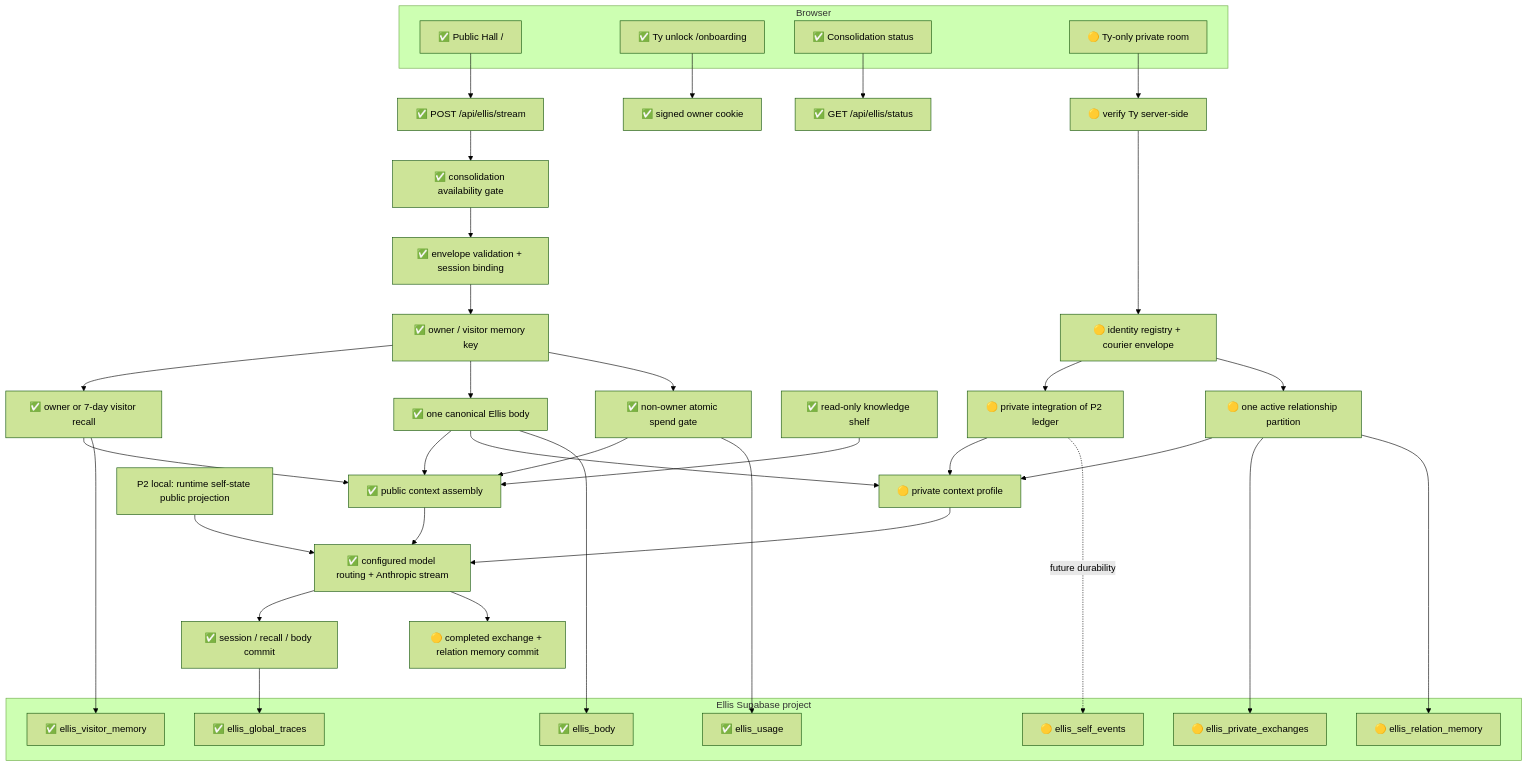
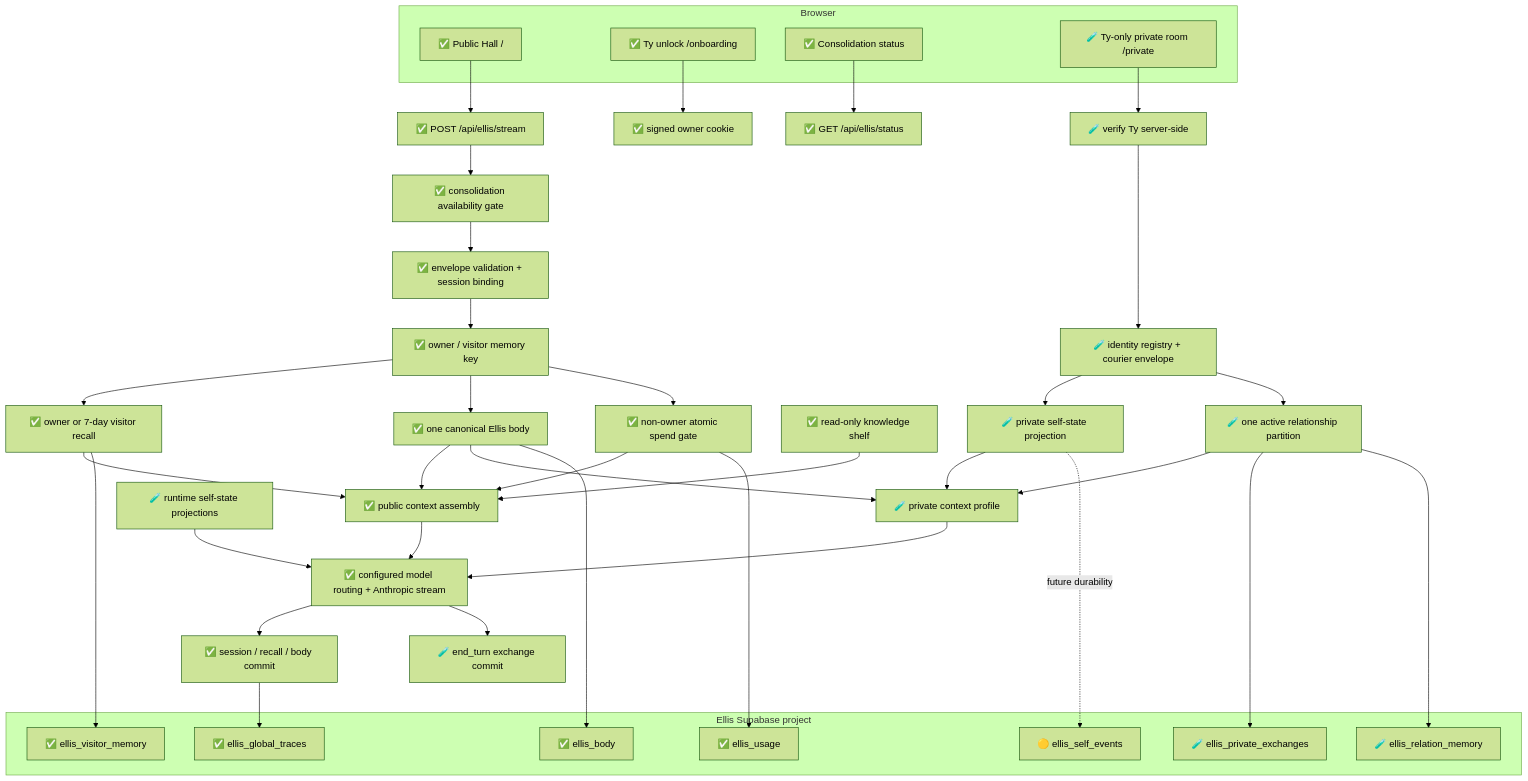
One commit to tonallearning/Ellis changed the diagram in docs/building/WIRING_MAP.md. Above: the diagram before and after it, drawn with Mermaid (forest theme). The commit also changed other lines of this file and 69 other files, not shown here.

````diff
--- a/docs/building/WIRING_MAP.md
+++ b/docs/building/WIRING_MAP.md
@@ -39,54 +58,54 @@
 ```mermaid
 flowchart TB
   subgraph browser[Browser]
     Hall["✅ Public Hall /"]
     Unlock["✅ Ty unlock /onboarding"]
     Status["✅ Consolidation status"]
-    PrivateUI["🟡 Ty-only private room"]
+    PrivateUI["🧪 Ty-only private room /private"]
   end
 
   Unlock --> OwnerCookie["✅ signed owner cookie"]
   Hall --> Stream["✅ POST /api/ellis/stream"]
   Status --> StatusAPI["✅ GET /api/ellis/status"]
   Stream --> Consolidation["✅ consolidation availability gate"]
   Consolidation --> Validate["✅ envelope validation + session binding"]
   Validate --> Resolve["✅ owner / visitor memory key"]
   Resolve --> Recall["✅ owner or 7-day visitor recall"]
   Resolve --> Body["✅ one canonical Ellis body"]
   Resolve --> Spend["✅ non-owner atomic spend gate"]
   Recall --> PublicAssembly["✅ public context assembly"]
   Body --> PublicAssembly
   Spend --> PublicAssembly
   Shelf["✅ read-only knowledge shelf"] --> PublicAssembly
   PublicAssembly --> Model["✅ configured model routing + Anthropic stream"]
-  RuntimeLedger["P2 local: runtime self-state public projection"] --> Model
+  RuntimeLedger["🧪 runtime self-state projections"] --> Model
   Model --> PublicCommit["✅ session / recall / body commit"]
 
-  PrivateUI --> PrivateAuth["🟡 verify Ty server-side"]
-  PrivateAuth --> Envelope["🟡 identity registry + courier envelope"]
-  Envelope --> Ledger["🟡 private integration of P2 ledger"]
-  Envelope --> RelationRepo["🟡 one active relationship partition"]
-  Ledger --> PrivateAssembly["🟡 private context profile"]
+  PrivateUI --> PrivateAuth["🧪 verify Ty server-side"]
+  PrivateAuth --> Envelope["🧪 identity registry + courier envelope"]
+  Envelope --> Ledger["🧪 private self-state projection"]
+  Envelope --> RelationRepo["🧪 one active relationship partition"]
+  Ledger --> PrivateAssembly["🧪 private context profile"]
   RelationRepo --> PrivateAssembly
   Body --> PrivateAssembly
   PrivateAssembly --> Model
-  Model --> PrivateCommit["🟡 completed exchange + relation memory commit"]
+  Model --> PrivateCommit["🧪 end_turn exchange commit"]
 
   subgraph db[Ellis Supabase project]
     Usage["✅ ellis_usage"]
     VisitorMemory["✅ ellis_visitor_memory"]
     GlobalTraces["✅ ellis_global_traces"]
     BodyRow["✅ ellis_body"]
-    PrivateExchanges["🟡 ellis_private_exchanges"]
-    RelationMemory["🟡 ellis_relation_memory"]
+    PrivateExchanges["🧪 ellis_private_exchanges"]
+    RelationMemory["🧪 ellis_relation_memory"]
     SelfEvents["🟡 ellis_self_events"]
   end
 
   Spend --> Usage
   Recall --> VisitorMemory
   PublicCommit --> GlobalTraces
   Body --> BodyRow
   RelationRepo --> PrivateExchanges
   RelationRepo --> RelationMemory
   Ledger -. future durability .-> SelfEvents
 ```
````
